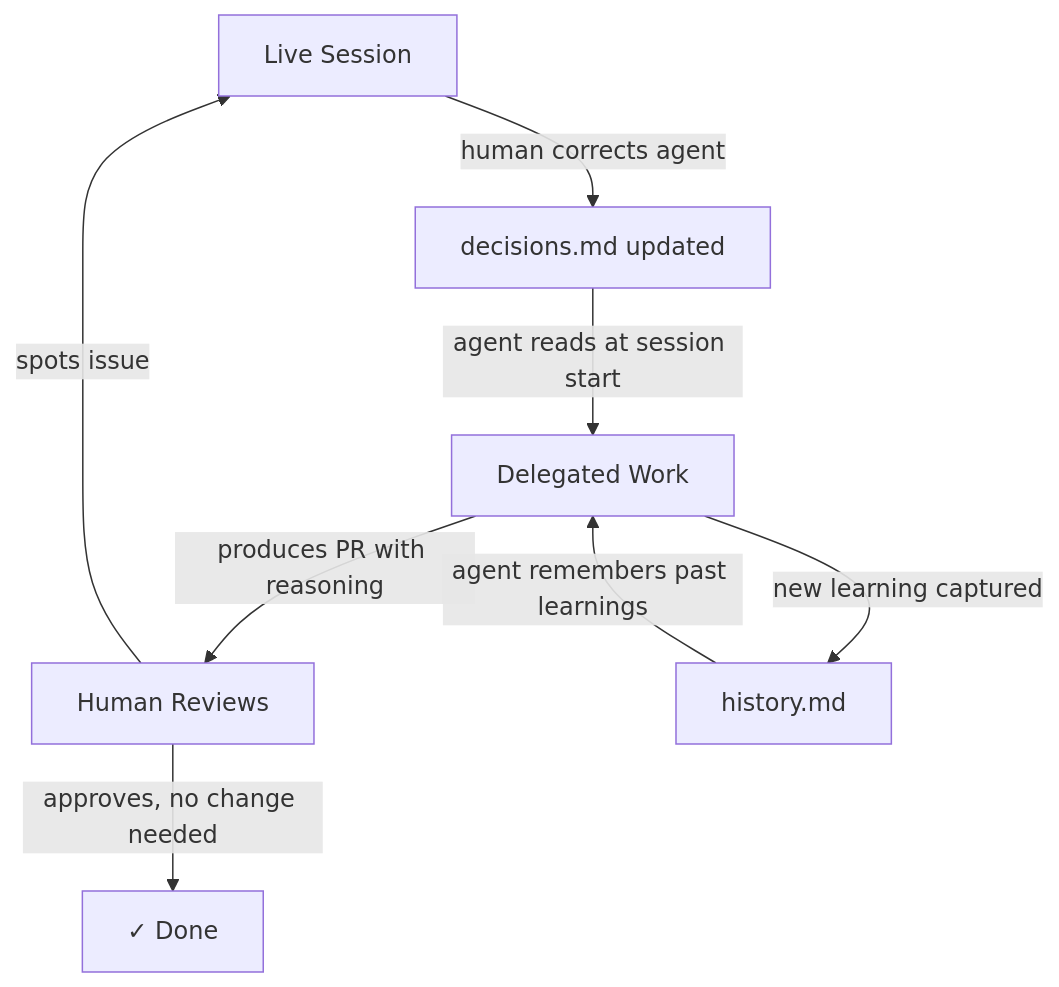
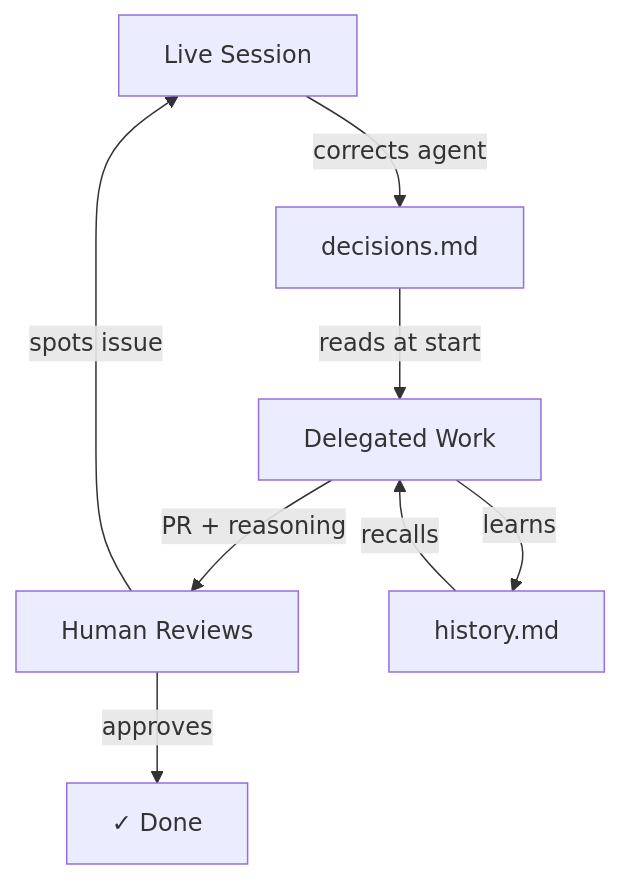
The second of 2 diagrams in website/blog/2026-04-18-observability-for-custom-copilot-agents.md (dfberry/dfberry.github.io), drawn with Mermaid before and after one commit. The commit also changed other lines of this file and 4 other files, not shown here.

````diff
--- a/website/blog/2026-04-18-observability-for-custom-copilot-agents.md
+++ b/website/blog/2026-04-18-observability-for-custom-copilot-agents.md
@@ -243,10 +243,10 @@
 ```mermaid
 flowchart TD
-    L[Live Session] -->|human corrects agent| D[decisions.md updated]
-    D -->|agent reads at session start| DW[Delegated Work]
-    DW -->|produces PR with reasoning| R[Human Reviews]
+    L[Live Session] -->|corrects agent| D[decisions.md]
+    D -->|reads at start| DW[Delegated Work]
+    DW -->|PR + reasoning| R[Human Reviews]
     R -->|spots issue| L
-    R -->|approves, no change needed| Done[✓ Done]
-    H[history.md] -->|agent remembers past learnings| DW
-    DW -->|new learning captured| H
+    R -->|approves| Done[✓ Done]
+    H[history.md] -->|recalls| DW
+    DW -->|learns| H
 ```
````
